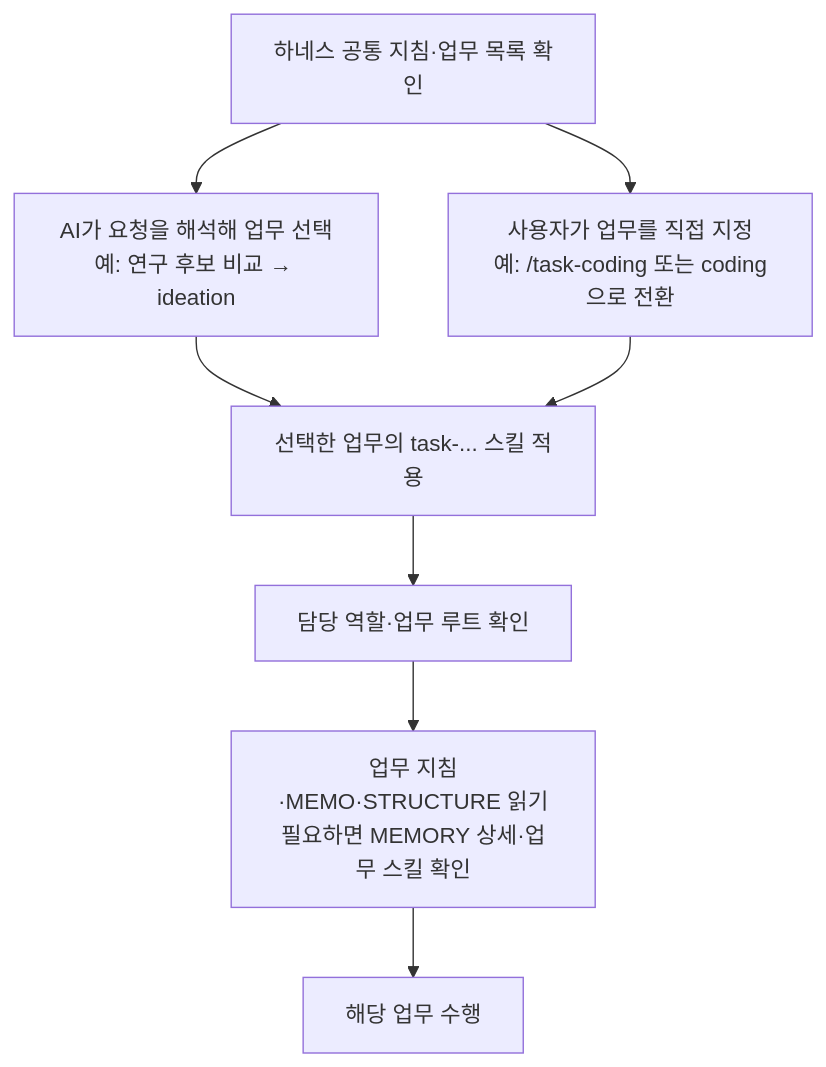
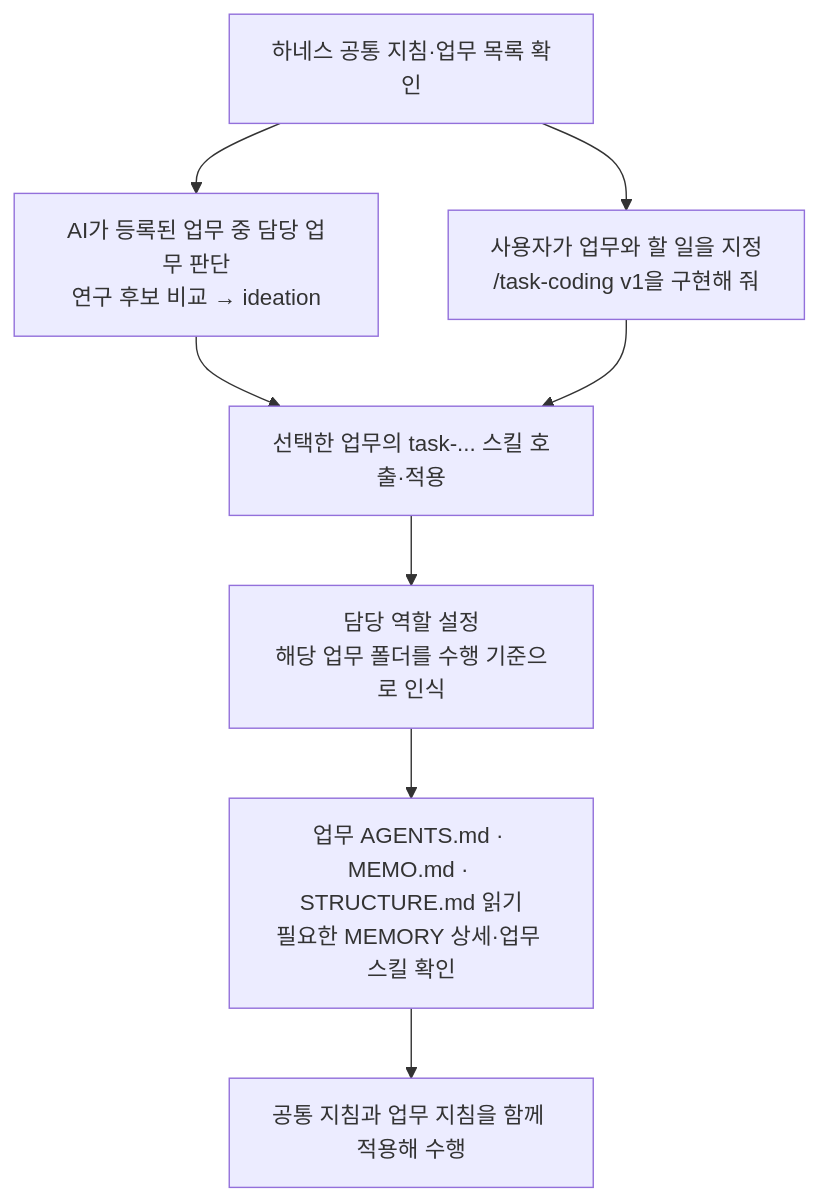
The diagram in README.md (JongHwa-Shim/multi-task-harness-system), drawn with Mermaid before and after one commit. The commit also changed other lines of this file and 2 other files, not shown here.

Commit message:
하네스: 운영 지침·Git 초기화 및 템플릿·활용 안내 보강

````diff
--- a/README.md
+++ b/README.md
@@ -115,10 +155,10 @@
 ```mermaid
 flowchart TD
-    R["하네스 공통 지침·업무 목록 확인"] --> A["AI가 요청을 해석해 업무 선택<br/>예: 연구 후보 비교 → ideation"]
-    R --> B["사용자가 업무를 직접 지정<br/>예: /task-coding 또는 coding으로 전환"]
-    A --> C["선택한 업무의 task-... 스킬 적용"]
+    R["하네스 공통 지침·업무 목록 확인"] --> A["AI가 등록된 업무 중 담당 업무 판단<br/>연구 후보 비교 → ideation"]
+    R --> B["사용자가 업무와 할 일을 지정<br/>/task-coding v1을 구현해 줘"]
+    A --> C["선택한 업무의 task-... 스킬 호출·적용"]
     B --> C
-    C --> D["담당 역할·업무 루트 확인"]
-    D --> E["업무 지침·MEMO·STRUCTURE 읽기<br/>필요하면 MEMORY 상세·업무 스킬 확인"]
-    E --> F["해당 업무 수행"]
+    C --> D["담당 역할 설정<br/>해당 업무 폴더를 수행 기준으로 인식"]
+    D --> E["업무 AGENTS.md · MEMO.md · STRUCTURE.md 읽기<br/>필요한 MEMORY 상세·업무 스킬 확인"]
+    E --> F["공통 지침과 업무 지침을 함께 적용해 수행"]
 ```
````
